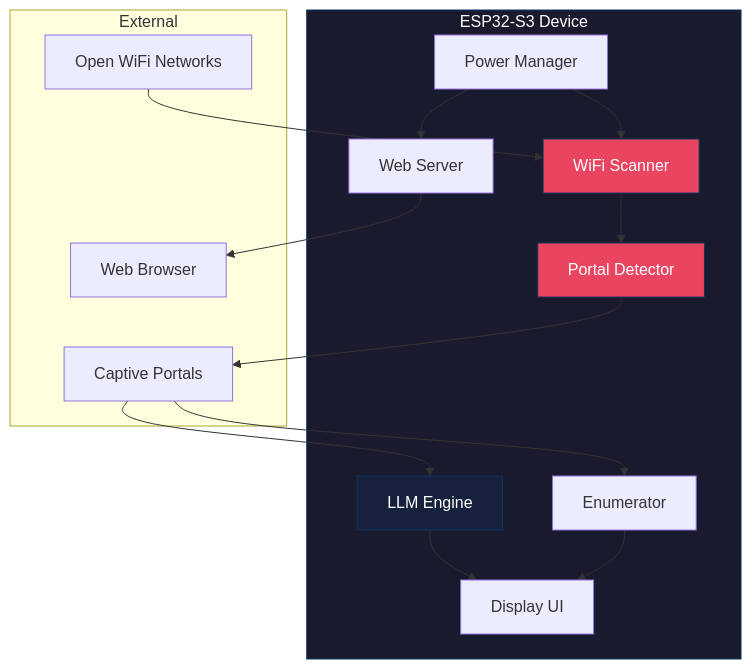
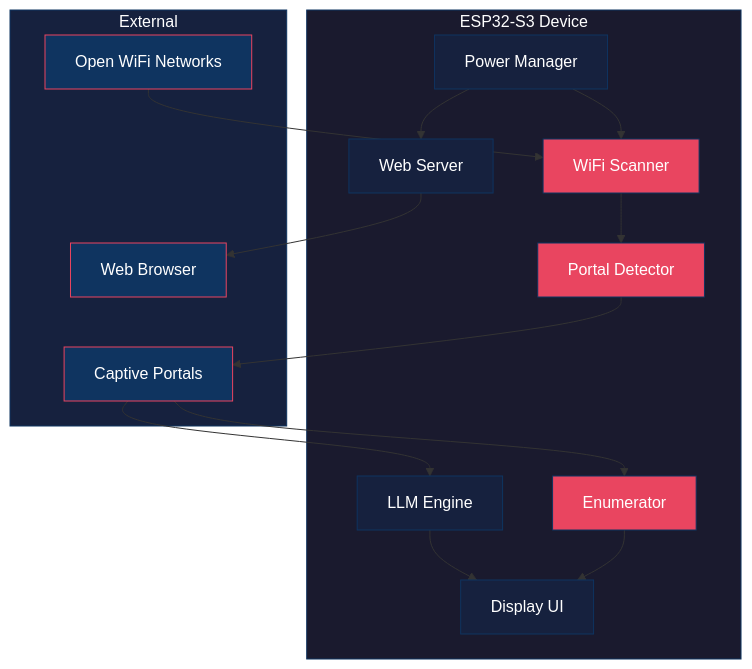
The second of 4 diagrams in README.md (haKC-ai/CapturedPortal), drawn with Mermaid before and after one commit. The commit also changed other lines of this file, not shown here.

````diff
--- a/README.md
+++ b/README.md
@@ -61,34 +97,42 @@
 ```mermaid
 graph TB
-    subgraph Device["ESP32-S3 Device"]
-        Scanner["WiFi Scanner"]
-        Portal["Portal Detector"]
-        Enum["Enumerator"]
-        LLM["LLM Engine"]
-        UI["Display UI"]
-        Web["Web Server"]
-        Power["Power Manager"]
+    subgraph Device[ESP32-S3 Device]
+        Scanner[WiFi Scanner]
+        Portal[Portal Detector]
+        Enum[Enumerator]
+        LLM[LLM Engine]
+        UI[Display UI]
+        Web[Web Server]
+        Power[Power Manager]
     end
 
-    subgraph External["External"]
-        WiFi["Open WiFi Networks"]
-        CP["Captive Portals"]
-        Browser["Web Browser"]
+    subgraph External[External]
+        WiFi[Open WiFi Networks]
+        CP[Captive Portals]
+        Browser[Web Browser]
     end
 
     WiFi --> Scanner
     Scanner --> Portal
     Portal --> CP
     CP --> Enum
     CP --> LLM
     LLM --> UI
     Enum --> UI
     Web --> Browser
     Power --> Scanner
     Power --> Web
 
     style Device fill:#1a1a2e,stroke:#0f3460,color:#fff
+    style External fill:#16213e,stroke:#0f3460,color:#fff
     style Scanner fill:#e94560,stroke:#0f3460,color:#fff
     style Portal fill:#e94560,stroke:#0f3460,color:#fff
+    style Enum fill:#e94560,stroke:#0f3460,color:#fff
     style LLM fill:#16213e,stroke:#0f3460,color:#fff
+    style UI fill:#16213e,stroke:#0f3460,color:#fff
+    style Web fill:#16213e,stroke:#0f3460,color:#fff
+    style Power fill:#16213e,stroke:#0f3460,color:#fff
+    style WiFi fill:#0f3460,stroke:#e94560,color:#fff
+    style CP fill:#0f3460,stroke:#e94560,color:#fff
+    style Browser fill:#0f3460,stroke:#e94560,color:#fff
 ```
````
